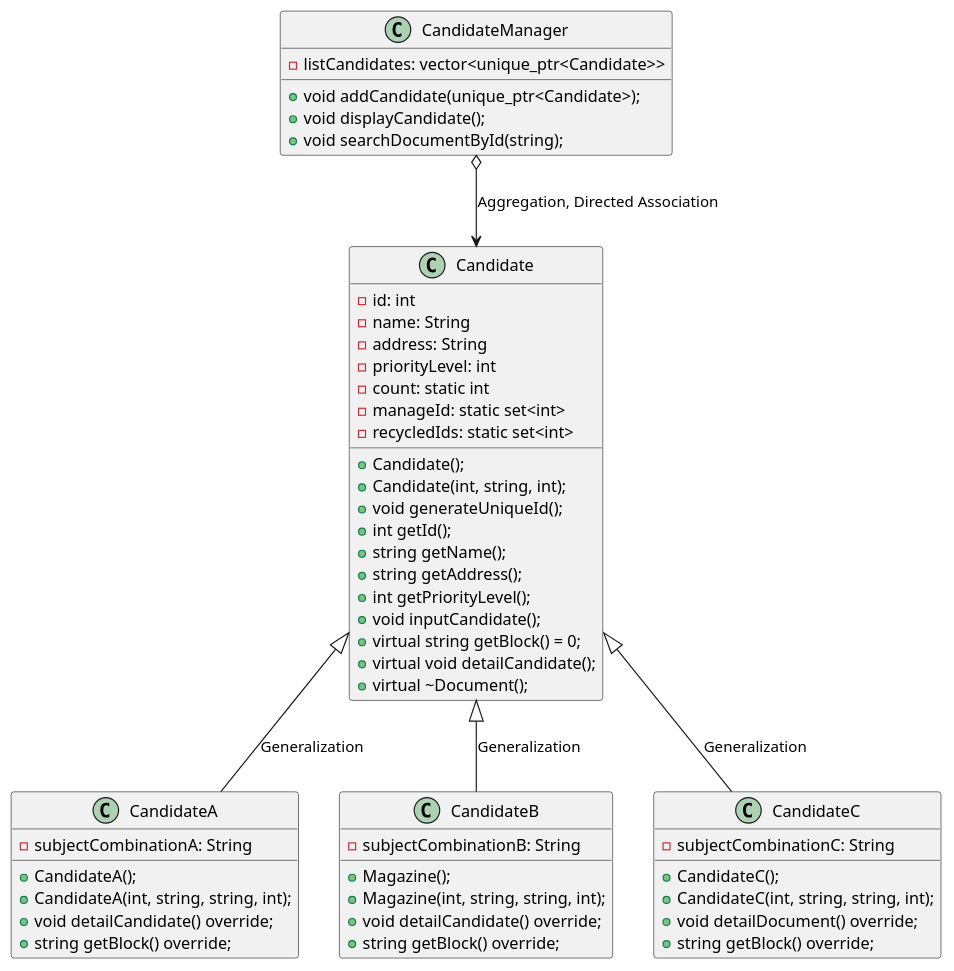
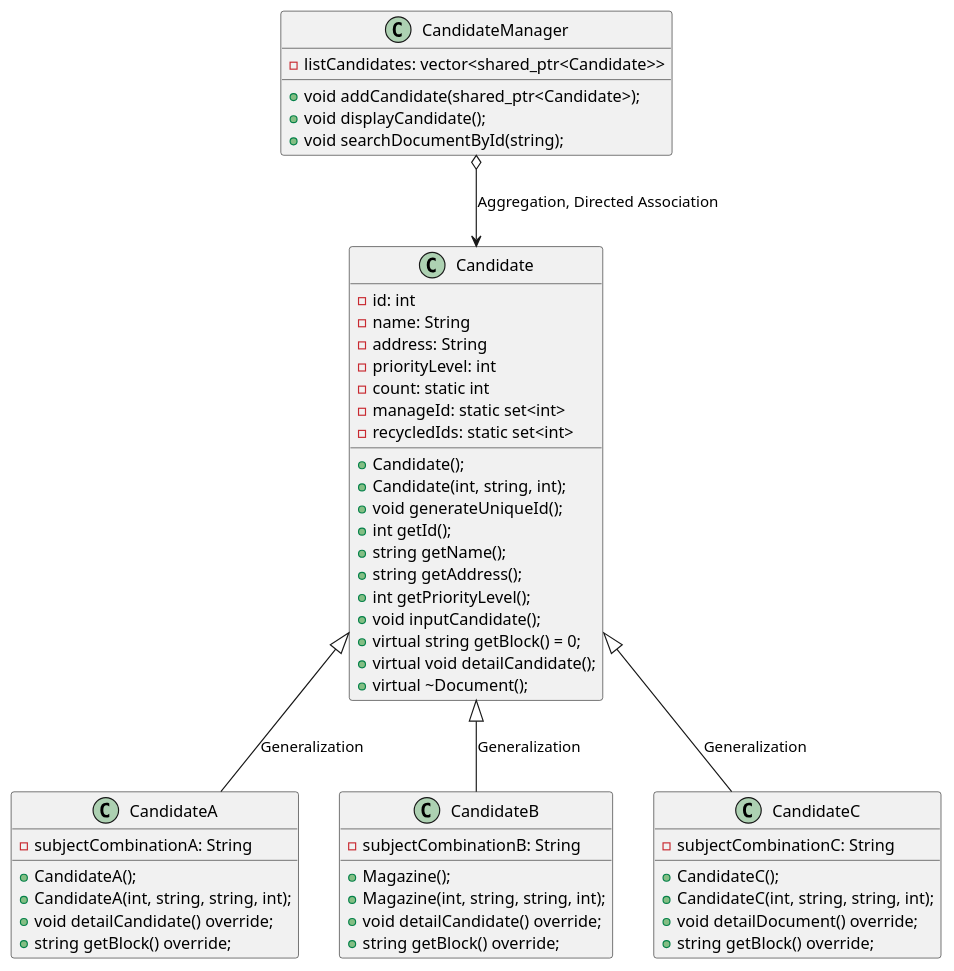
Before and after one commit to baobluebird/Basic-C-Cplusplus: the diagram in .Assigment/OOP/ex3/diagram/diagram.wsd, drawn with PlantUML. The commit also changed 52 other files, not shown here.

```diff
--- a/.Assigment/OOP/ex3/diagram/diagram.wsd
+++ b/.Assigment/OOP/ex3/diagram/diagram.wsd
@@ -1,59 +1,59 @@
 @startuml
 
 class Candidate{
   - id: int
   - name: String
   - address: String
   - priorityLevel: int
   - count: static int
   - manageId: static set<int>
   - recycledIds: static set<int>
   + Candidate();
   + Candidate(int, string, int);
   + void generateUniqueId();
   + int getId();
   + string getName();
   + string getAddress();
   + int getPriorityLevel();
   + void inputCandidate();
   + virtual string getBlock() = 0;
   + virtual void detailCandidate();
   + virtual ~Document();
 }
 
 class CandidateA{
   - subjectCombinationA: String
   + CandidateA();
   + CandidateA(int, string, string, int);
   + void detailCandidate() override;
   + string getBlock() override;
 }
 
 class CandidateB{
   - subjectCombinationB: String
   + Magazine();
   + Magazine(int, string, string, int);
   + void detailCandidate() override;
   + string getBlock() override;
 }
 
 class CandidateC{
   - subjectCombinationC: String
   + CandidateC();
   + CandidateC(int, string, string, int);
   + void detailDocument() override;
   + string getBlock() override;
 }
 
 class CandidateManager {
-  - listCandidates: vector<unique_ptr<Candidate>>
-  + void addCandidate(unique_ptr<Candidate>);
+  - listCandidates: vector<shared_ptr<Candidate>>
+  + void addCandidate(shared_ptr<Candidate>);
   + void displayCandidate();
   + void searchDocumentById(string);
 }
 
 Candidate <|-- CandidateA : Generalization 
 Candidate <|-- CandidateB : Generalization 
 Candidate <|-- CandidateC : Generalization 
 CandidateManager o--> Candidate : Aggregation, Directed Association
 @enduml
```
